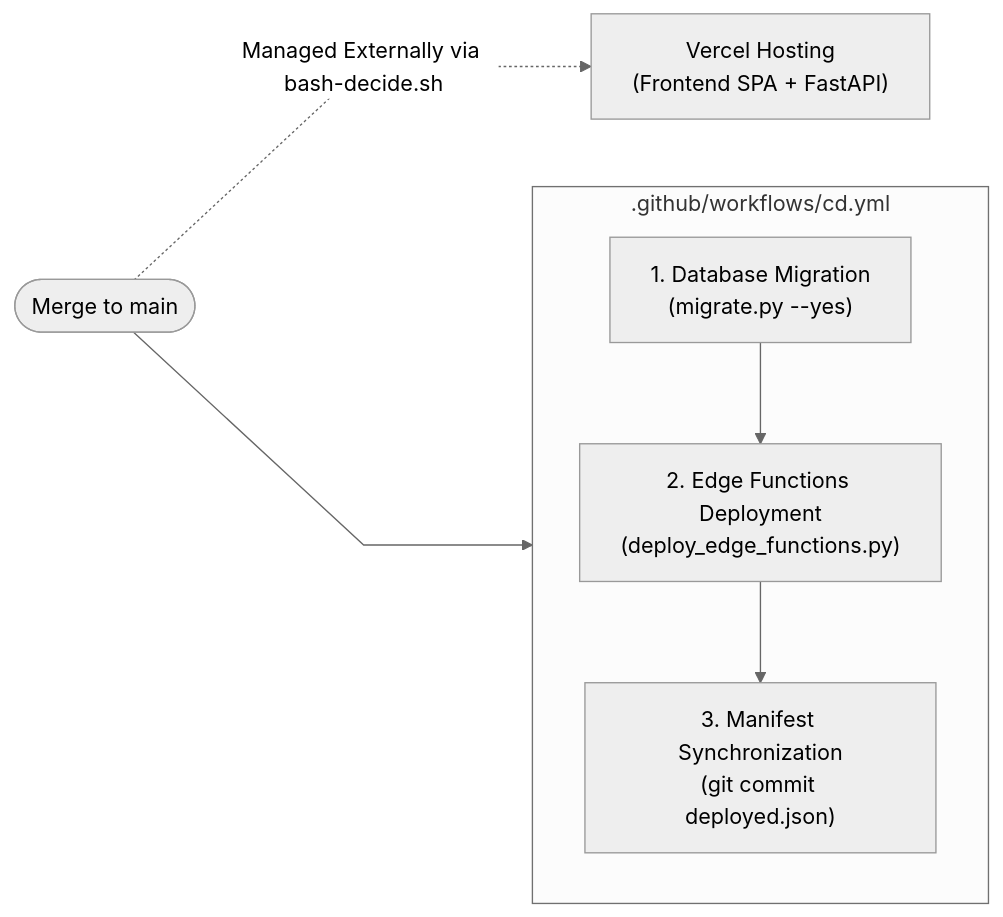
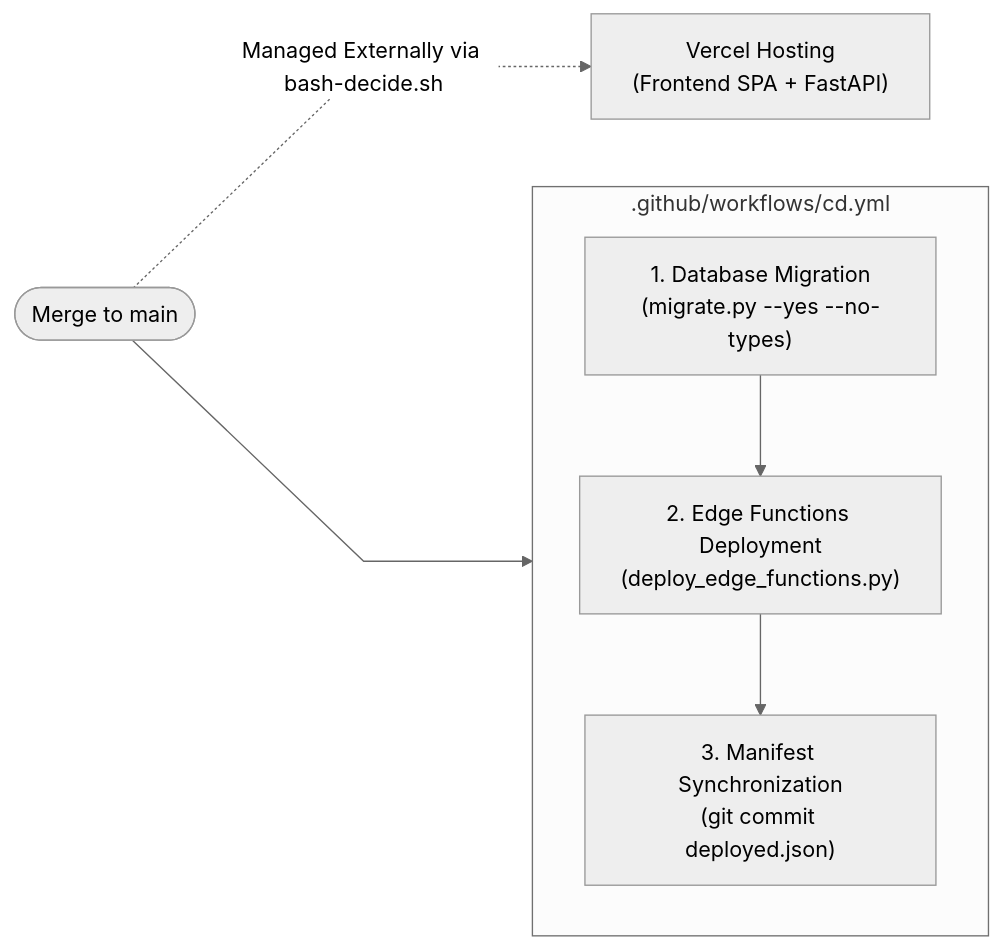
One commit to VictorBravo9er/Teacher-Assistant-Workspace changed the third of 3 diagrams in docs/systems/devops_and_deployment.md. Above: the diagram before and after it, drawn with Mermaid (neutral theme). The commit also changed other lines of this file and 43 other files, not shown here.

````diff
--- a/docs/systems/devops_and_deployment.md
+++ b/docs/systems/devops_and_deployment.md
@@ -205,12 +202,12 @@
 ```mermaid
 %%{init: {'flowchart': {'curve': 'linear'}}}%%
 flowchart LR
     PushMain([Merge to main]) --> CD[CD Pipeline]
     subgraph CD[".github/workflows/cd.yml"]
-        MigrateDB["1. Database Migration<br/>(migrate.py --yes)"]
+        MigrateDB["1. Database Migration<br/>(migrate.py --yes --no-types)"]
         DeployEdge["2. Edge Functions Deployment<br/>(deploy_edge_functions.py)"]
         CommitManifest["3. Manifest Synchronization<br/>(git commit deployed.json)"]
         MigrateDB --> DeployEdge --> CommitManifest
     end
     PushMain -.->|Managed Externally via bash-decide.sh| Vercel["Vercel Hosting<br/>(Frontend SPA + FastAPI)"]
 ```
````
